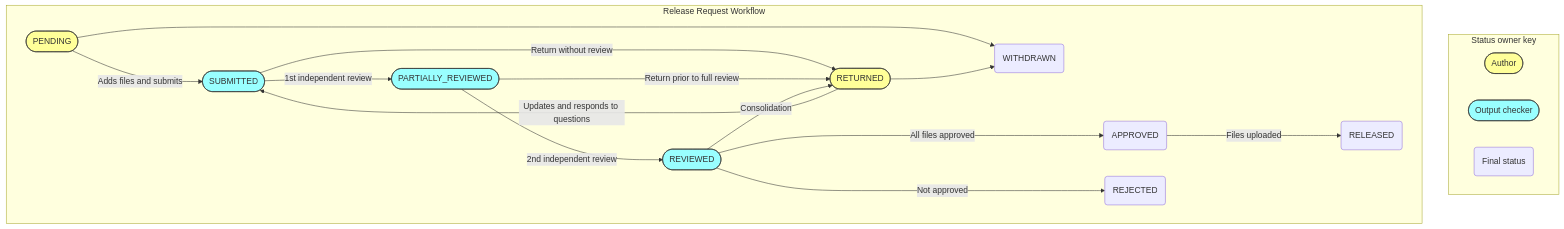
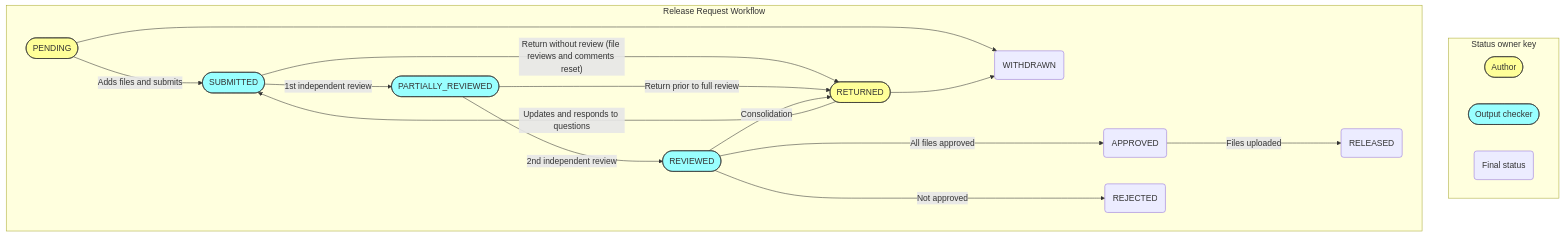
The diagram in docs/explanation/workflow-and-permissions.md (opensafely-core/airlock), drawn with Mermaid before and after one commit. The commit also changed 1 other file, not shown here.

````diff
--- a/docs/explanation/workflow-and-permissions.md
+++ b/docs/explanation/workflow-and-permissions.md
@@ -53,28 +53,28 @@
 ```mermaid
 flowchart TD
     subgraph Status owner key
     direction LR
         1([Author]):::author
         2([Output checker]):::checker
         3(Final status)
     end
 
     subgraph Release Request Workflow
         A([PENDING]):::author -- Adds files and submits --> B([SUBMITTED]):::checker
         B -- 1st independent review --> C([PARTIALLY_REVIEWED]):::checker
-        B -- Return without review --> E([RETURNED]):::author
+        B -- Return without review (file reviews and comments reset) --> E([RETURNED]):::author
         C -- 2nd independent review --> D([REVIEWED]):::checker
         C -- Return prior to full review --> E
         D -- Consolidation --> E
         E -- Updates and responds to questions --> B
         D -- All files approved ----> F(APPROVED)
         D -- Not approved ----> G(REJECTED)
         F(APPROVED) -- Files uploaded ----> H(RELEASED)
         A --> I(WITHDRAWN)
         E --> I
     end
 
 classDef author fill:#ff9,stroke:#333;
 classDef checker fill:#9ff,stroke:#333;
 
 ```
````
